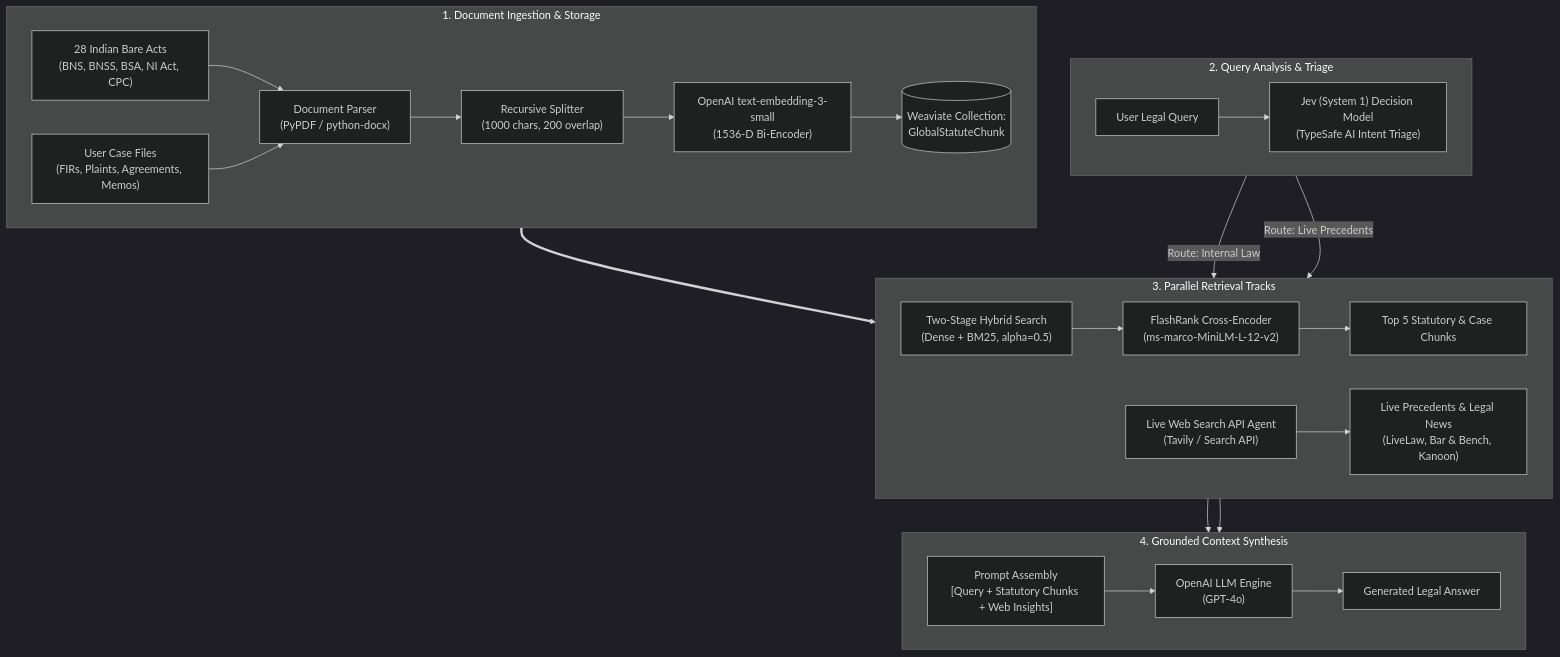
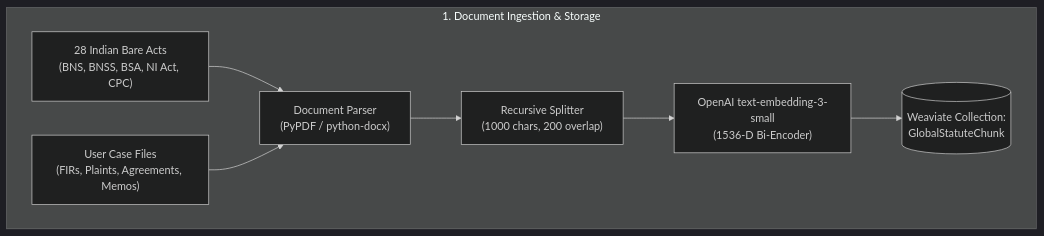
The first of 2 diagrams in README.md (JaywardhanYadav/LegalDrishti-AI), drawn with Mermaid (dark theme) before and after one commit.

Commit message:
docs: show only Box 1 (Document Ingestion & Storage) in Version 1 diagram

````diff
--- a/README.md
+++ b/README.md
@@ -35,36 +35,14 @@
 ```mermaid
 flowchart TD
     subgraph INGEST_V1["1. Document Ingestion & Storage"]
         direction LR
         DOC_STATUTES["28 Indian Bare Acts\n(BNS, BNSS, BSA, NI Act, CPC)"]
         DOC_USER["User Case Files\n(FIRs, Plaints, Agreements, Memos)"]
 
         DOC_STATUTES --> PARSER_V1["Document Parser\n(PyPDF / python-docx)"]
         DOC_USER --> PARSER_V1
         PARSER_V1 --> CHUNK_V1["Recursive Splitter\n(1000 chars, 200 overlap)"]
         CHUNK_V1 --> EMBED_V1["OpenAI text-embedding-3-small\n(1536-D Bi-Encoder)"]
         EMBED_V1 --> WEAVIATE_V1[("Weaviate Collection:\nGlobalStatuteChunk")]
     end
-
-    subgraph TRIAGE_V1["2. Query Analysis & Triage"]
-        direction LR
-        QUERY_V1["User Legal Query"] --> JEV_V1["Jev (System 1) Decision Model\n(TypeSafe AI Intent Triage)"]
-    end
-
-    subgraph RETRIEVE_V1["3. Parallel Retrieval Tracks"]
-        direction LR
-        HYBRID_V1["Two-Stage Hybrid Search\n(Dense + BM25, alpha=0.5)"] --> RERANK_V1["FlashRank Cross-Encoder\n(ms-marco-MiniLM-L-12-v2)"] --> TOP_INTERNAL["Top 5 Statutory & Case Chunks"]
-        AGENT_WEB["Live Web Search API Agent\n(Tavily / Search API)"] --> WEB_RESULTS["Live Precedents & Legal News\n(LiveLaw, Bar & Bench, Kanoon)"]
-    end
-
-    subgraph SYNTHESIS_V1["4. Grounded Context Synthesis"]
-        direction LR
-        PROMPT_V1["Prompt Assembly\n[Query + Statutory Chunks + Web Insights]"] --> LLM_V1["OpenAI LLM Engine\n(GPT-4o)"] --> ANS_V1["Generated Legal Answer"]
-    end
-
-    INGEST_V1 ==> RETRIEVE_V1
-    JEV_V1 -->|Route: Internal Law| HYBRID_V1
-    JEV_V1 -->|Route: Live Precedents| AGENT_WEB
-    TOP_INTERNAL --> PROMPT_V1
-    WEB_RESULTS --> PROMPT_V1
 ```
````
